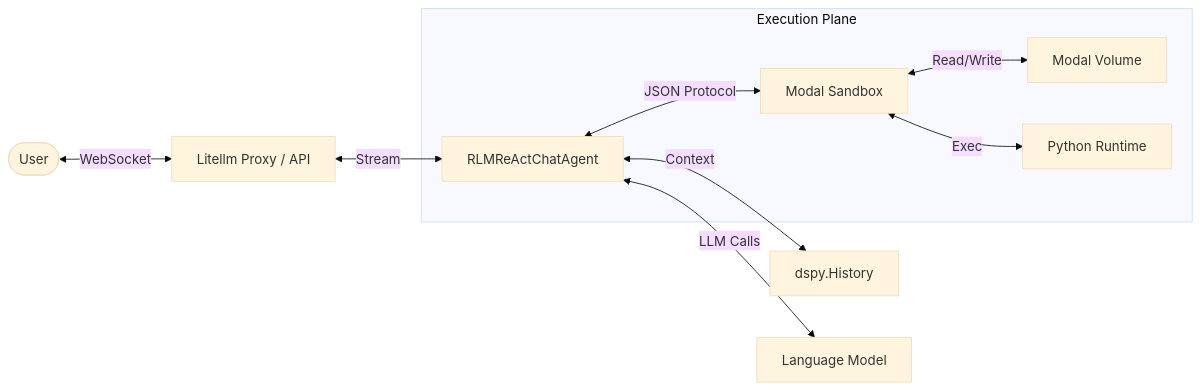
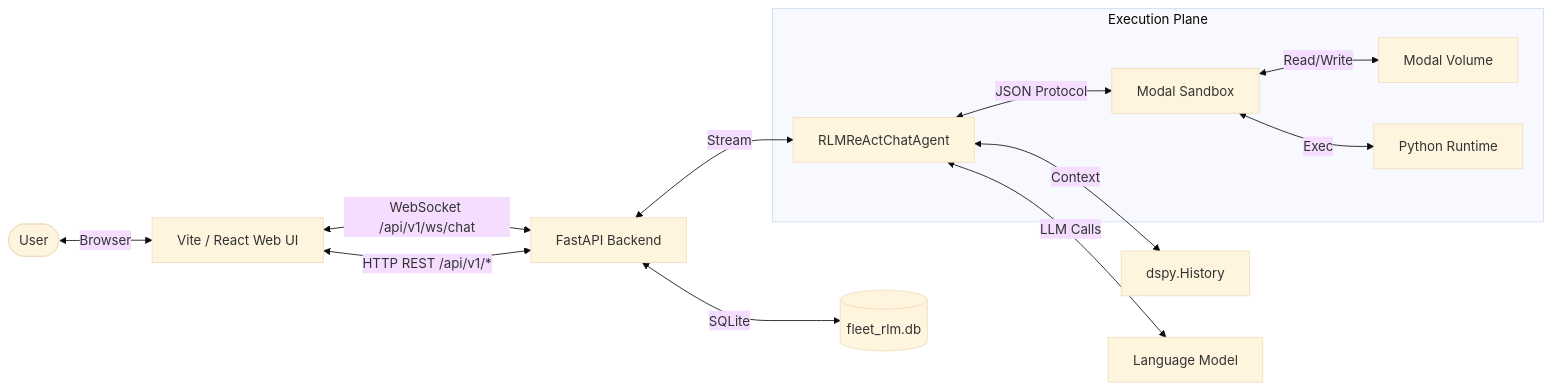
The second of 4 diagrams in docs/architecture.md (Qredence/fleet-rlm), drawn with Mermaid (base theme) before and after one commit. The commit also changed other lines of this file and 153 other files, not shown here.

````diff
--- a/docs/architecture.md
+++ b/docs/architecture.md
@@ -82,14 +82,18 @@
 ```mermaid
 graph LR
-    User([User]) <-->|WebSocket| Server[Litellm Proxy / API]
-    Server <-->|Stream| Agent[RLMReActChatAgent]
+    User([User]) <-->|Browser| React[Vite / React Web UI]
+    React <-->|WebSocket /api/v1/ws/chat| FastAPI[FastAPI Backend]
+    React <-->|HTTP REST /api/v1/*| FastAPI
+
+    FastAPI <-->|SQLite| DB[(fleet_rlm.db)]
+    FastAPI <-->|Stream| Agent[RLMReActChatAgent]
 
     Agent <-->|Context| History[dspy.History]
     Agent <-->|LLM Calls| Model[Language Model]
 
     subgraph "Execution Plane"
         Agent <-->|JSON Protocol| Sandbox[Modal Sandbox]
         Sandbox <-->|Read/Write| Volume[Modal Volume]
         Sandbox <-->|Exec| Python[Python Runtime]
     end
 ```
````
